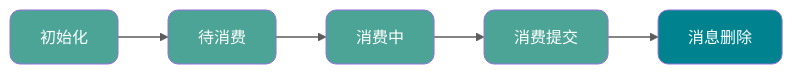
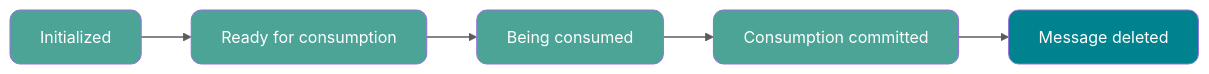
One commit to m3h3d1/JavaGuideEn changed the ninth of 13 diagrams in docs/high-performance/message-queue/rocketmq-questions.md. Above: the diagram before and after it, drawn with Mermaid. The commit also changed other lines of this file and 128 other files, not shown here.

````diff
--- a/docs/high-performance/message-queue/rocketmq-questions.md
+++ b/docs/high-performance/message-queue/rocketmq-questions.md
@@ -634,12 +634,12 @@
 ```mermaid
   flowchart LR
-      N1["初始化"] --> N2["待消费"] --> N3["消费中"] --> N4["消费提交"] --> N5["消息删除"]
+      N1["Initialized"] --> N2["Ready for consumption"] --> N3["Being consumed"] --> N4["Consumption committed"] --> N5["Message deleted"]
 
       classDef default fill:#4CA497,color:#fff,rx:10,ry:10
       classDef final fill:#00838F,color:#fff,rx:10,ry:10
 
       class N1,N2,N3,N4 default
       class N5 final
 
       linkStyle default stroke-width:1.5px,opacity:0.8
 ```
````
